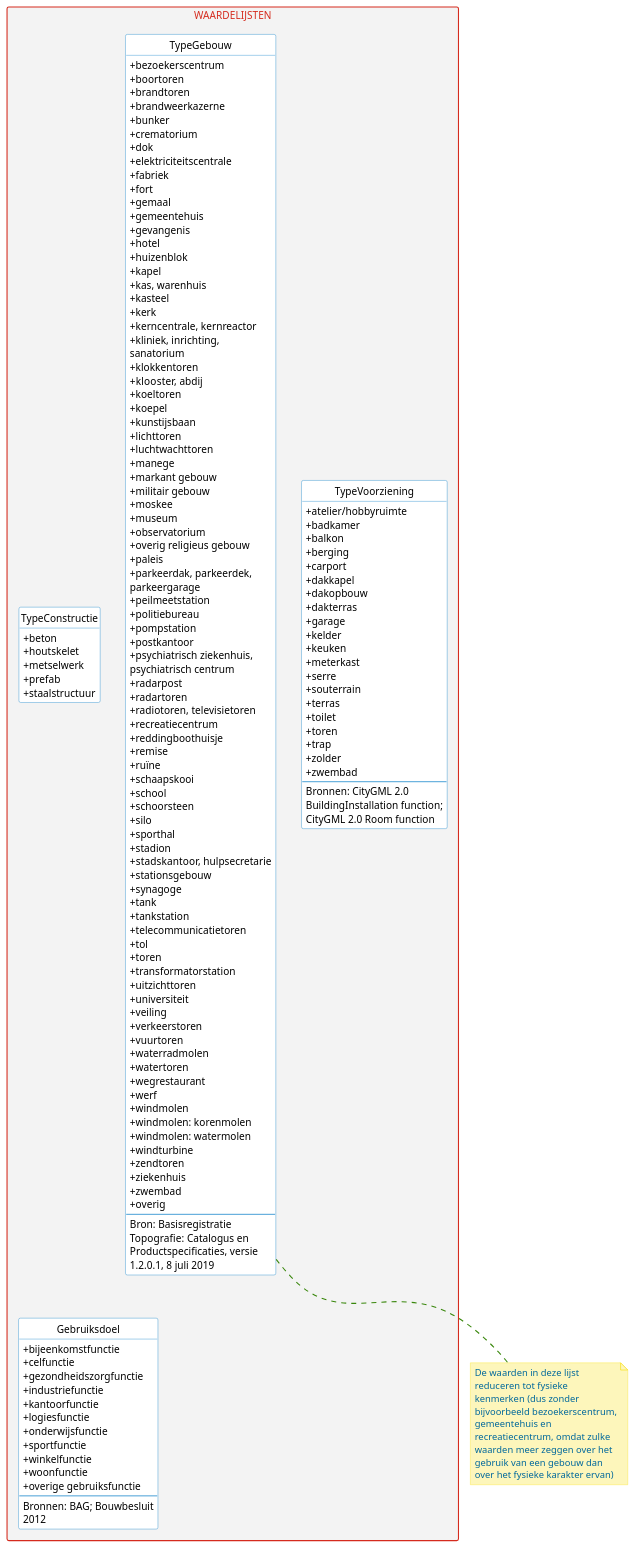
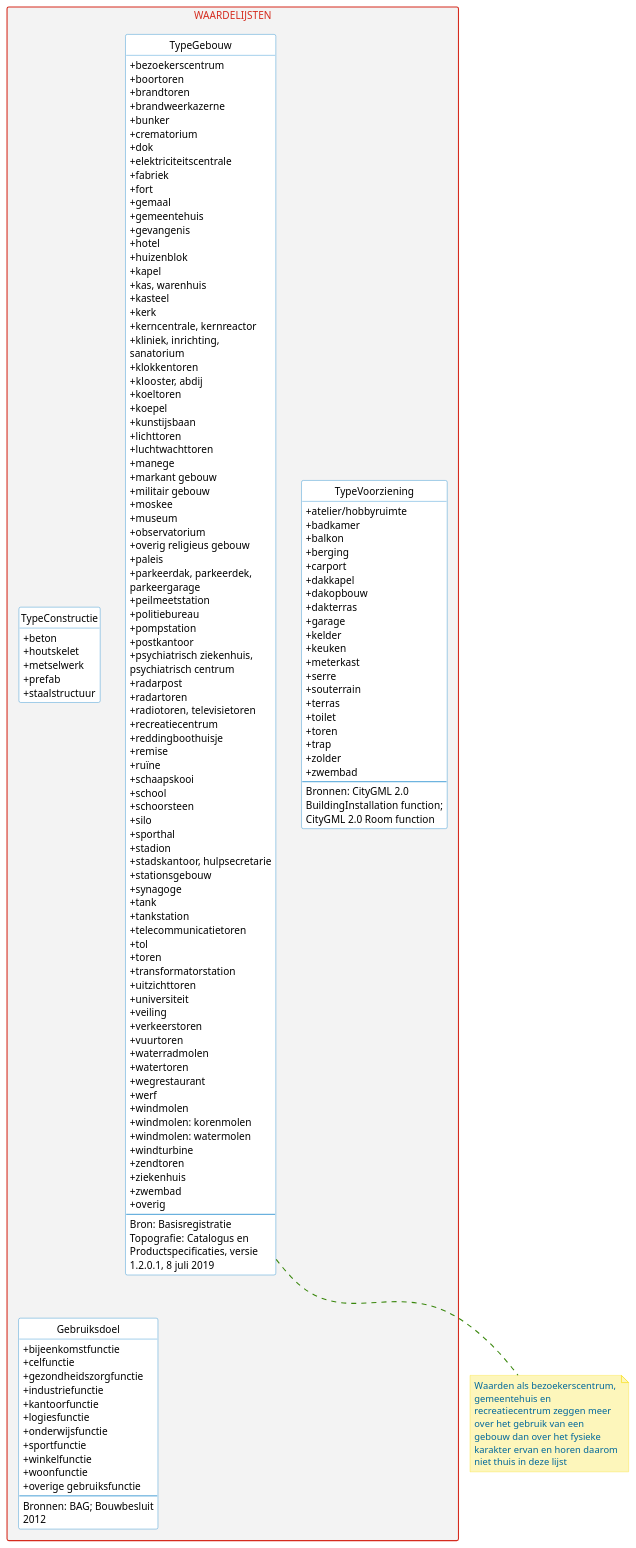
One commit to geobasisregistraties/werkgroep-bouwwerken changed the diagram in model/waardelijsten.puml. Above: the diagram before and after it, drawn with PlantUML.

```diff
--- a/model/waardelijsten.puml
+++ b/model/waardelijsten.puml
@@ -248,6 +248,6 @@
 
 }
 
-note bottom of TypeGebouw : De waarden in deze lijst reduceren tot fysieke kenmerken (dus zonder bijvoorbeeld bezoekerscentrum, gemeentehuis en recreatiecentrum, omdat zulke waarden meer zeggen over het gebruik van een gebouw dan over het fysieke karakter ervan)
+note bottom of TypeGebouw : Waarden als bezoekerscentrum, gemeentehuis en recreatiecentrum zeggen meer over het gebruik van een gebouw dan over het fysieke karakter ervan en horen daarom niet thuis in deze lijst
 
 @enduml
```
